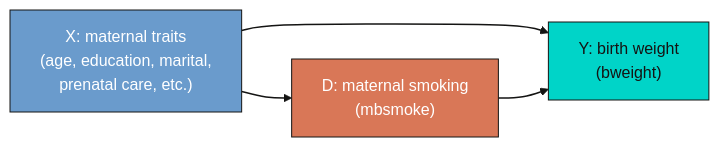
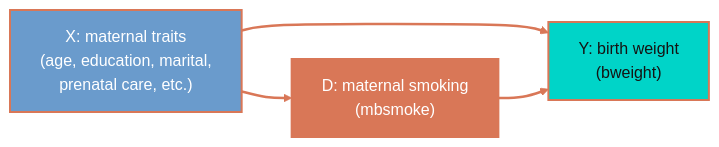
Before and after one commit to cmg777/starter-academic-v501: the first of 4 diagrams in content/post/stata_matching/index.md, drawn with Mermaid. The commit also changed other lines of this file, not shown here.

First line of the commit message:
Correct NNM family classification and harden Mermaid colors for both themes

````diff
--- a/content/post/stata_matching/index.md
+++ b/content/post/stata_matching/index.md
@@ -79,10 +79,10 @@
 ```mermaid
 flowchart LR
     X["X: maternal traits<br/>(age, education, marital,<br/>prenatal care, etc.)"] --> D["D: maternal smoking<br/>(mbsmoke)"]
     X --> Y["Y: birth weight<br/>(bweight)"]
     D --> Y
-    style X fill:#6a9bcc,stroke:#141413,color:#fff
-    style D fill:#d97757,stroke:#141413,color:#fff
-    style Y fill:#00d4c8,stroke:#141413,color:#141413
-    linkStyle 0,1,2 stroke:#141413,stroke-width:1.5px
+    style X fill:#6a9bcc,stroke:#d97757,stroke-width:2px,color:#fff
+    style D fill:#d97757,stroke:#d97757,stroke-width:2px,color:#fff
+    style Y fill:#00d4c8,stroke:#d97757,stroke-width:2px,color:#141413
+    linkStyle 0,1,2 stroke:#d97757,stroke-width:2.5px
 ```
````
